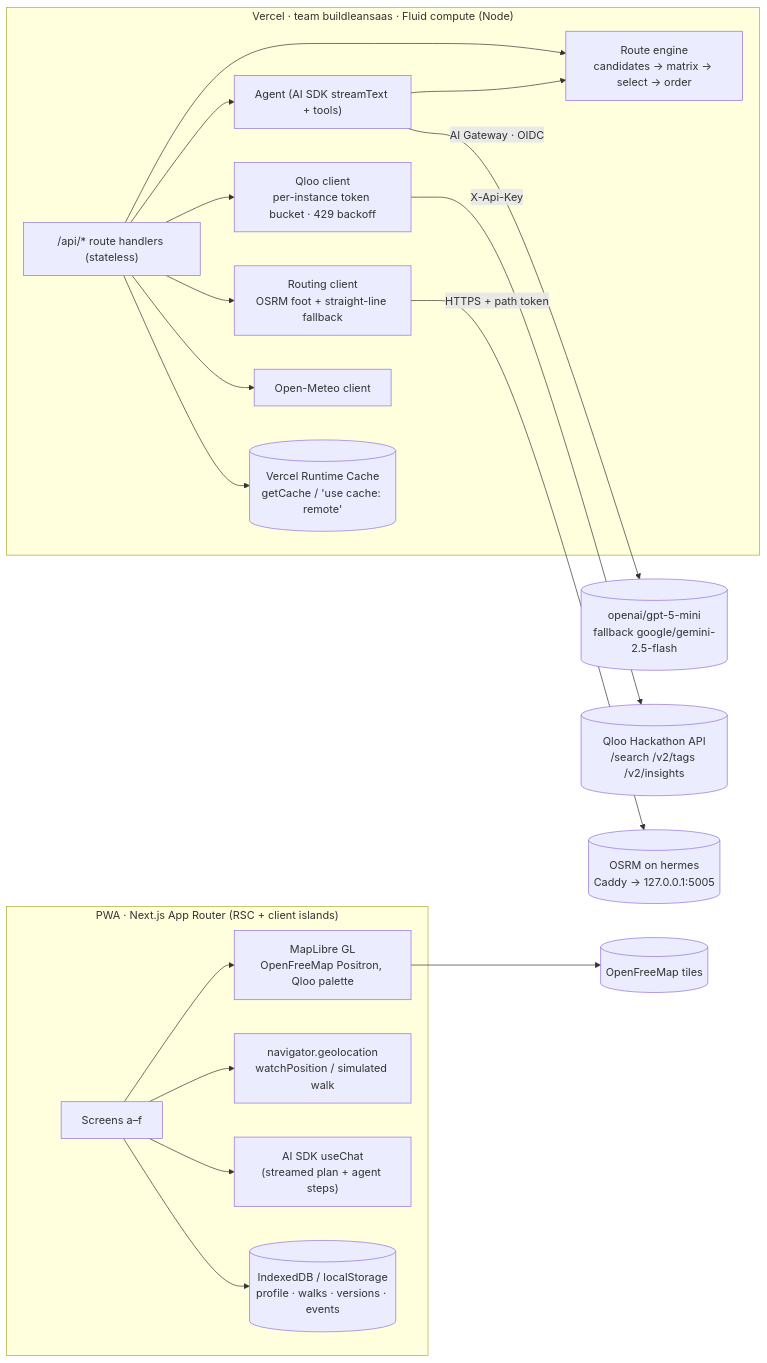
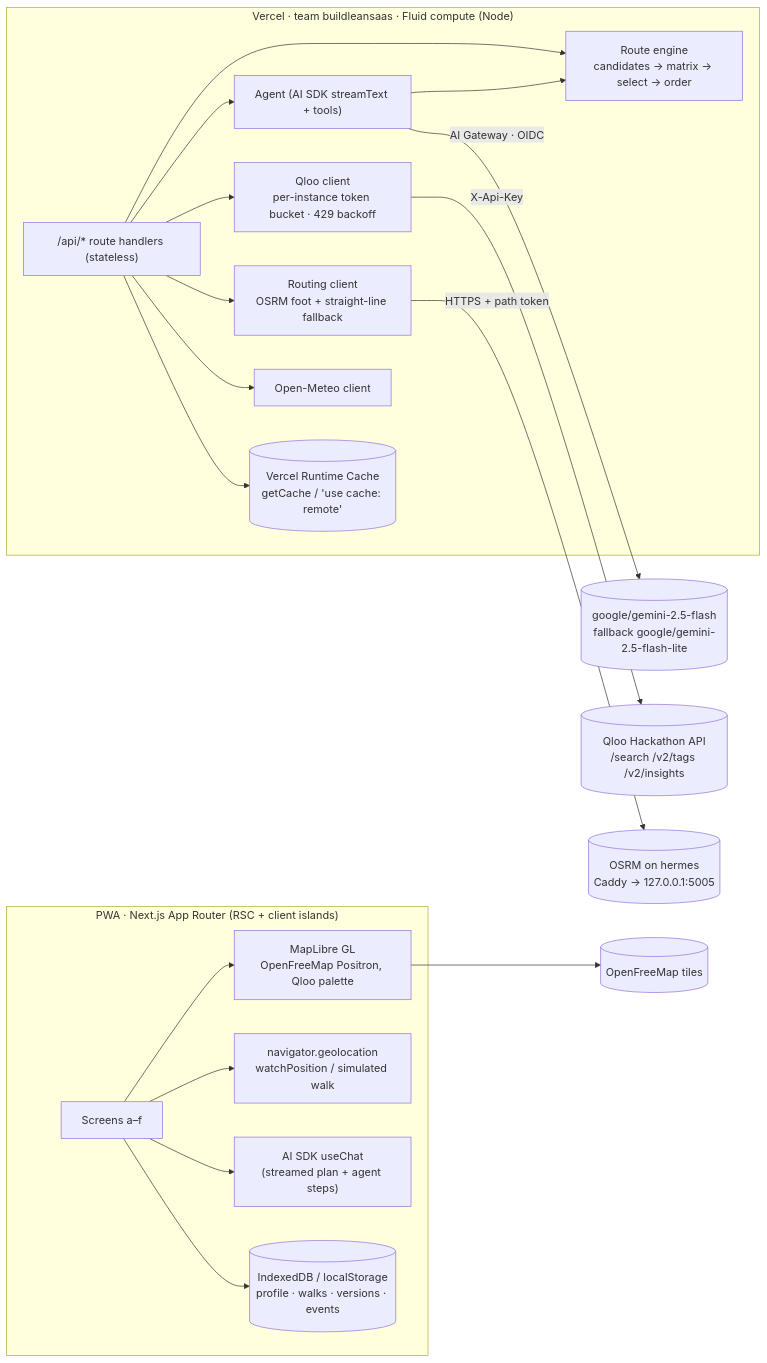
The diagram in docs/design/PLAN.md (buildleansaas/taste-quest), drawn with Mermaid before and after one commit. The commit also changed other lines of this file and 18 other files, not shown here.

````diff
--- a/docs/design/PLAN.md
+++ b/docs/design/PLAN.md
@@ -35,22 +35,22 @@
 ```mermaid
 flowchart LR
   subgraph Browser["PWA · Next.js App Router (RSC + client islands)"]
     UI[Screens a–f] --> MAP[MapLibre GL<br/>OpenFreeMap Positron, Qloo palette]
     UI --> GEO[navigator.geolocation<br/>watchPosition / simulated walk]
     UI --> AIUI["AI SDK useChat<br/>(streamed plan + agent steps)"]
     UI --> IDB[(IndexedDB / localStorage<br/>profile · walks · versions · events)]
   end
   subgraph Vercel["Vercel · team buildleansaas · Fluid compute (Node)"]
     API["/api/* route handlers (stateless)"] --> ENG[Route engine<br/>candidates → matrix → select → order]
     API --> AG["Agent (AI SDK streamText + tools)"]
     AG --> ENG
     API --> QC[Qloo client<br/>per-instance token bucket · 429 backoff]
     API --> RC[Routing client<br/>OSRM foot + straight-line fallback]
     API --> WX[Open-Meteo client]
     API --> RTC[(Vercel Runtime Cache<br/>getCache / 'use cache: remote')]
   end
   QC -->|X-Api-Key| QLOO[(Qloo Hackathon API<br/>/search /v2/tags /v2/insights)]
   RC -->|HTTPS + path token| OSRM[(OSRM on hermes<br/>Caddy → 127.0.0.1:5005)]
-  AG -->|AI Gateway · OIDC| LLM[(openai/gpt-5-mini<br/>fallback google/gemini-2.5-flash)]
+  AG -->|AI Gateway · OIDC| LLM[(google/gemini-2.5-flash<br/>fallback google/gemini-2.5-flash-lite)]
   MAP --> OFM[(OpenFreeMap tiles)]
 ```
````
